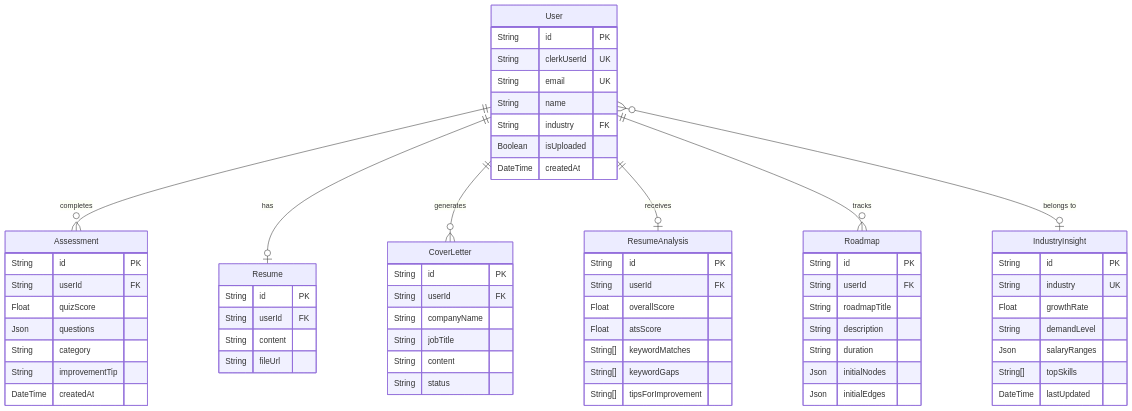
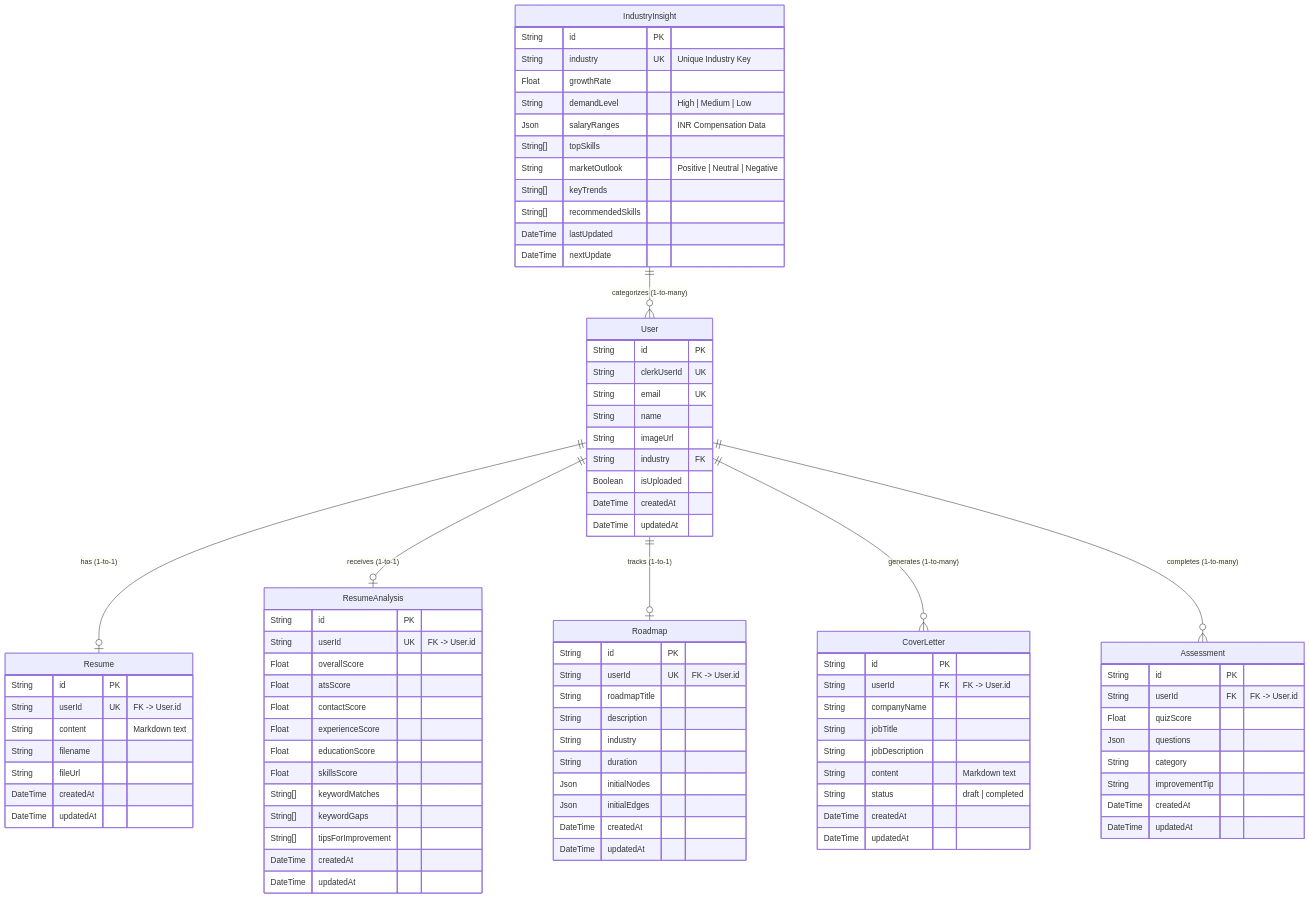
The second of 2 diagrams in README.md (awaisansari06/CareerWise), drawn with Mermaid before and after one commit. The commit also changed other lines of this file and 6 other files, not shown here.

````diff
--- a/README.md
+++ b/README.md
@@ -144,75 +220,97 @@
 ```mermaid
 erDiagram
-    User ||--o{ Assessment : "completes"
-    User ||--o| Resume : "has"
-    User ||--o{ CoverLetter : "generates"
-    User ||--o| ResumeAnalysis : "receives"
-    User ||--o{ Roadmap : "tracks"
-    User }o--o| IndustryInsight : "belongs to"
+    User ||--o| Resume : "has (1-to-1)"
+    User ||--o| ResumeAnalysis : "receives (1-to-1)"
+    User ||--o| Roadmap : "tracks (1-to-1)"
+    User ||--o{ CoverLetter : "generates (1-to-many)"
+    User ||--o{ Assessment : "completes (1-to-many)"
+    IndustryInsight ||--o{ User : "categorizes (1-to-many)"
 
     User {
         String id PK
         String clerkUserId UK
         String email UK
         String name
+        String imageUrl
         String industry FK
         Boolean isUploaded
         DateTime createdAt
+        DateTime updatedAt
+    }
+
+    Resume {
+        String id PK
+        String userId UK "FK -> User.id"
+        String content "Markdown text"
+        String filename
+        String fileUrl
+        DateTime createdAt
+        DateTime updatedAt
+    }
+
+    ResumeAnalysis {
+        String id PK
+        String userId UK "FK -> User.id"
+        Float overallScore
+        Float atsScore
+        Float contactScore
+        Float experienceScore
+        Float educationScore
+        Float skillsScore
+        String[] keywordMatches
+        String[] keywordGaps
+        String[] tipsForImprovement
+        DateTime createdAt
+        DateTime updatedAt
+    }
+
+    Roadmap {
+        String id PK
+        String userId UK "FK -> User.id"
+        String roadmapTitle
+        String description
+        String industry
+        String duration
+        Json initialNodes
+        Json initialEdges
+        DateTime createdAt
+        DateTime updatedAt
     }
 
     Assessment {
         String id PK
-        String userId FK
+        String userId FK "FK -> User.id"
         Float quizScore
         Json questions
         String category
         String improvementTip
         DateTime createdAt
-    }
-
-    Roadmap {
-        String id PK
-        String userId FK
-        String roadmapTitle
-        String description
-        String duration
-        Json initialNodes
-        Json initialEdges
-    }
-
-    ResumeAnalysis {
-        String id PK
-        String userId FK
-        Float overallScore
-        Float atsScore
-        String[] keywordMatches
-        String[] keywordGaps
-        String[] tipsForImprovement
-    }
-
-    Resume {
-        String id PK
-        String userId FK
-        String content
-        String fileUrl
+        DateTime updatedAt
     }
 
     CoverLetter {
         String id PK
-        String userId FK
+        String userId FK "FK -> User.id"
         String companyName
         String jobTitle
-        String content
-        String status
+        String jobDescription
+        String content "Markdown text"
+        String status "draft | completed"
+        DateTime createdAt
+        DateTime updatedAt
     }
 
     IndustryInsight {
         String id PK
-        String industry UK
+        String industry UK "Unique Industry Key"
         Float growthRate
-        String demandLevel
-        Json salaryRanges
+        String demandLevel "High | Medium | Low"
+        Json salaryRanges "INR Compensation Data"
         String[] topSkills
+        String marketOutlook "Positive | Neutral | Negative"
+        String[] keyTrends
+        String[] recommendedSkills
         DateTime lastUpdated
+        DateTime nextUpdate
     }
 ```
````
